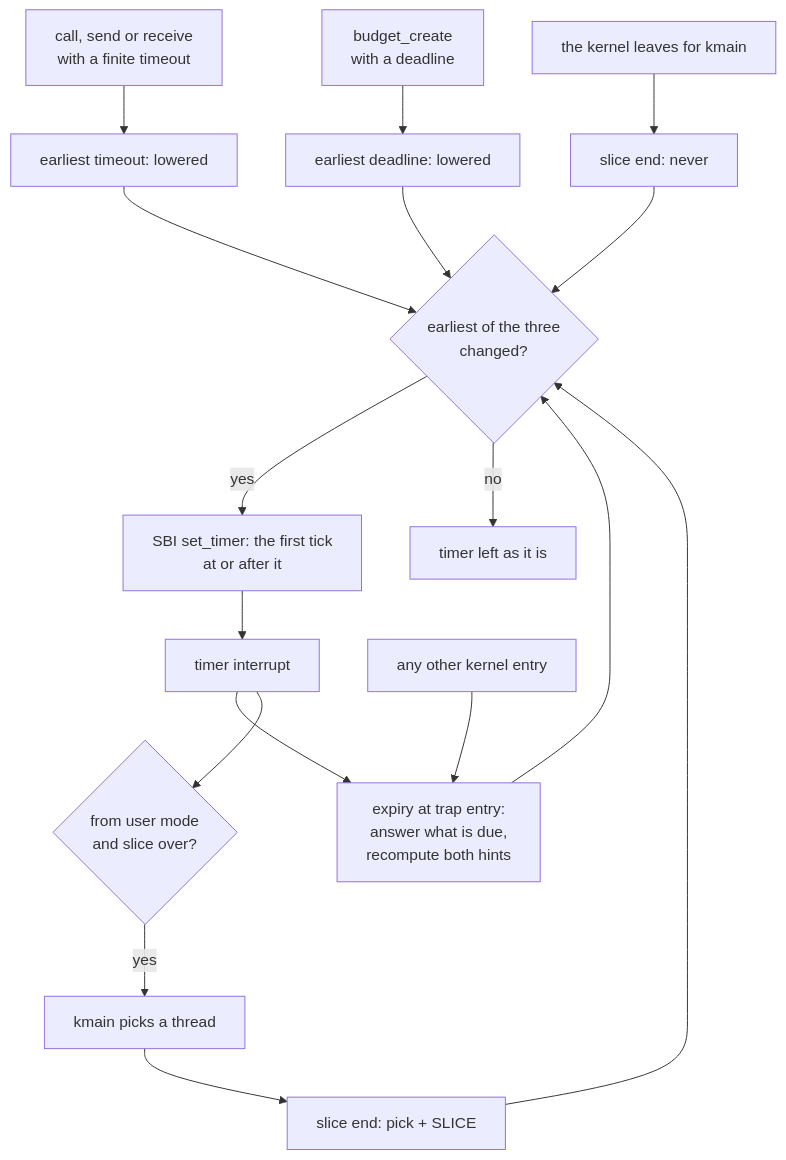
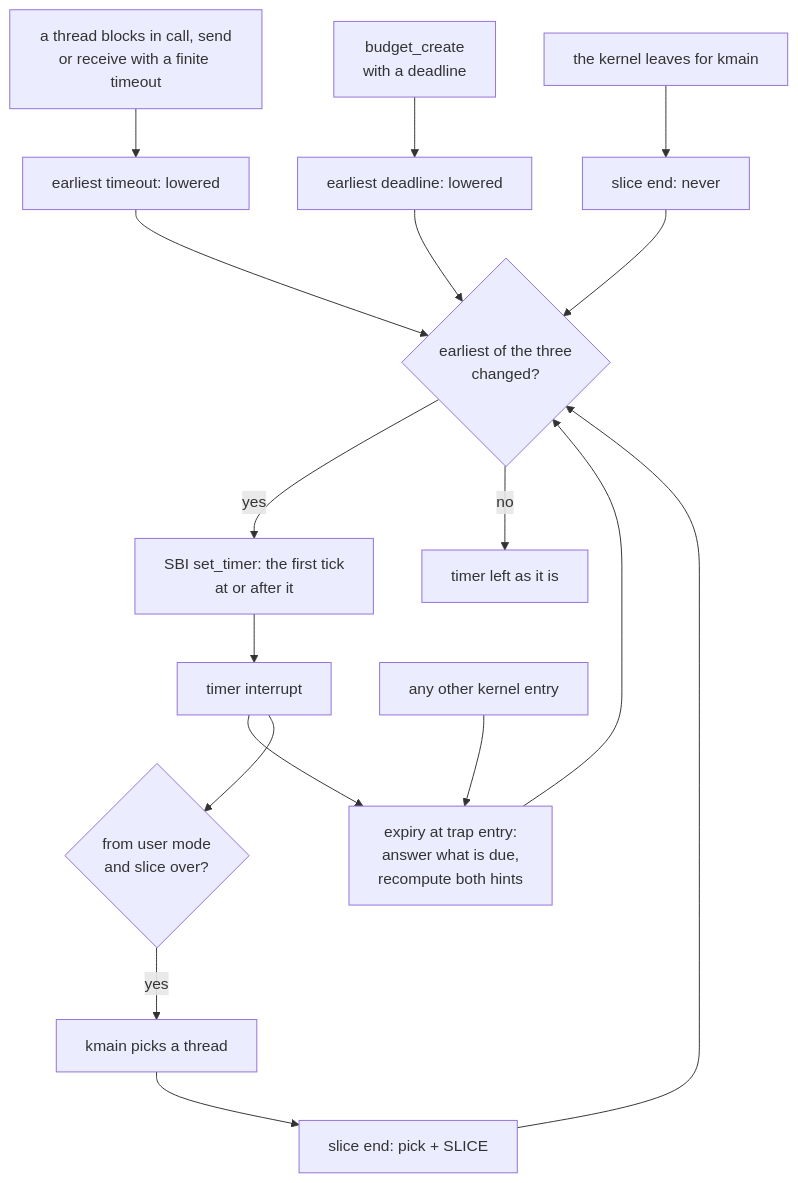
Before and after one commit to sirmick/redoubt: the diagram in docs/kernel/timer.md, drawn with Mermaid. The commit also changed other lines of this file and 12 other files, not shown here.

````diff
--- a/docs/kernel/timer.md
+++ b/docs/kernel/timer.md
@@ -68,19 +69,19 @@
 ```mermaid
 flowchart TD
-    blk["call, send or receive<br/>with a finite timeout"] --> hto["earliest timeout: lowered"]
+    blk["a thread blocks in call, send<br/>or receive with a finite timeout"] --> hto["earliest timeout: lowered"]
     mk["budget_create<br/>with a deadline"] --> hdl["earliest deadline: lowered"]
     pick[kmain picks a thread] --> hsl["slice end: pick + SLICE"]
     leave[the kernel leaves for kmain] --> hnv["slice end: never"]
     hto --> M{earliest of the three<br/>changed?}
     hdl --> M
     hsl --> M
     hnv --> M
     M -- yes --> arm["SBI set_timer: the first tick<br/>at or after it"]
     M -- no --> K[timer left as it is]
     arm --> I[timer interrupt]
     I --> X["expiry at trap entry:<br/>answer what is due,<br/>recompute both hints"]
     Y[any other kernel entry] --> X
     X --> M
     I --> over{"from user mode<br/>and slice over?"}
     over -- yes --> pick
 ```
````
